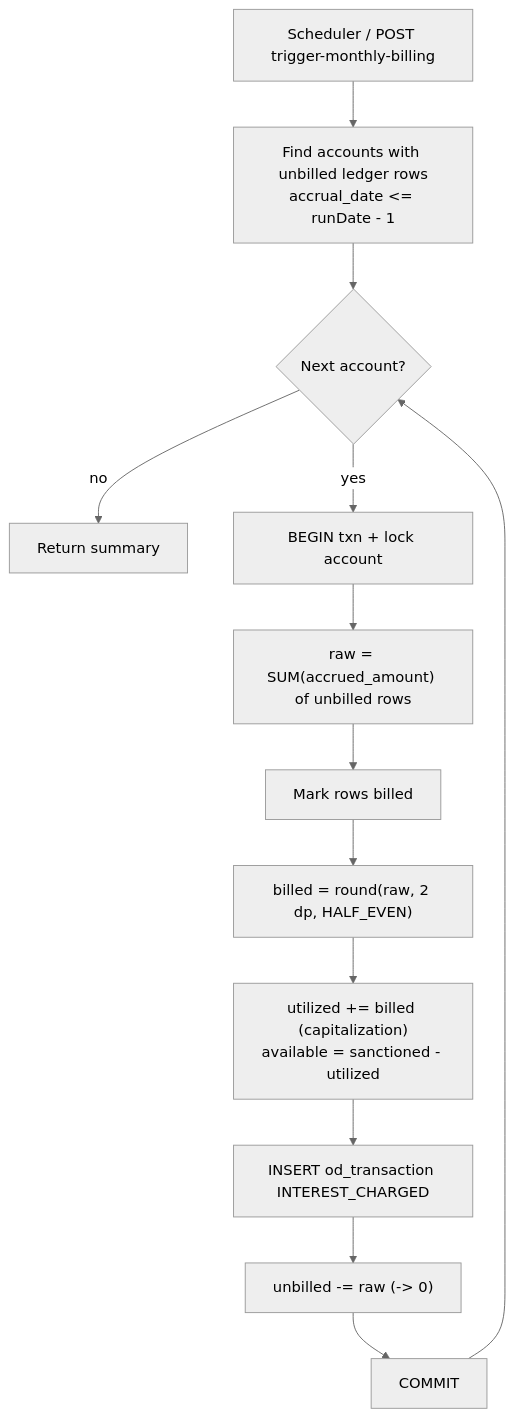
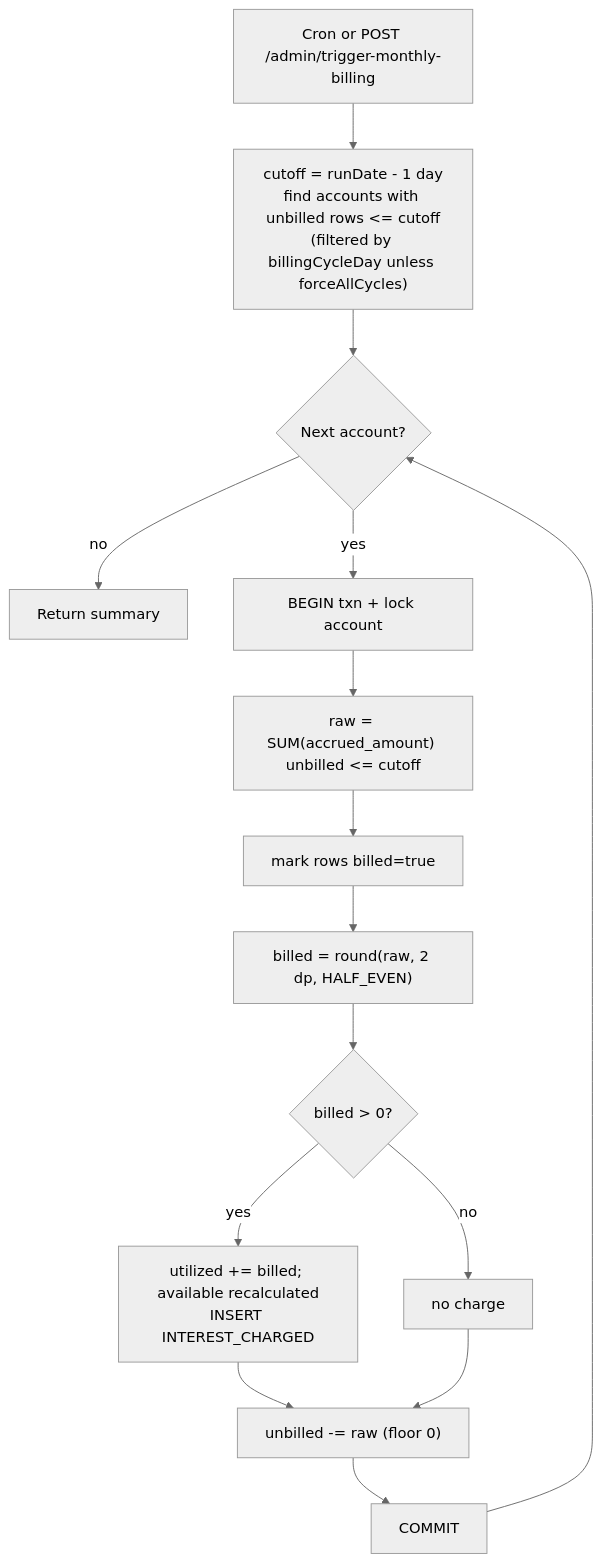
One commit to coder-stat920715/overdraft-facility-system changed the ninth of 10 diagrams in README.md. Above: the diagram before and after it, drawn with Mermaid (neutral theme). The commit also changed other lines of this file, not shown here.

````diff
--- a/README.md
+++ b/README.md
@@ -104,15 +374,17 @@
 ```mermaid
 flowchart TD
-    S[Scheduler / POST trigger-monthly-billing] --> Q["Find accounts with unbilled ledger rows<br/>accrual_date <= runDate - 1"]
-    Q --> N{Next account?}
-    N -- no --> R[Return summary]
-    N -- yes --> T[BEGIN txn + lock account]
-    T --> U["raw = SUM(accrued_amount) of unbilled rows"]
-    U --> V[Mark rows billed]
+    S["Cron or POST /admin/trigger-monthly-billing"] --> Q["cutoff = runDate - 1 day<br/>find accounts with unbilled rows <= cutoff<br/>(filtered by billingCycleDay unless forceAllCycles)"]
+    Q --> N{"Next account?"}
+    N -- no --> R["Return summary"]
+    N -- yes --> T["BEGIN txn + lock account"]
+    T --> U["raw = SUM(accrued_amount) unbilled <= cutoff"]
+    U --> V["mark rows billed=true"]
     V --> W["billed = round(raw, 2 dp, HALF_EVEN)"]
-    W --> X["utilized += billed (capitalization)<br/>available = sanctioned - utilized"]
-    X --> Y[INSERT od_transaction INTEREST_CHARGED]
-    Y --> Z["unbilled -= raw (-> 0)"]
-    Z --> C[COMMIT]
+    W --> X{"billed > 0?"}
+    X -- yes --> Y["utilized += billed; available recalculated<br/>INSERT INTEREST_CHARGED"]
+    X -- no --> Z0["no charge"]
+    Y --> Z["unbilled -= raw (floor 0)"]
+    Z0 --> Z
+    Z --> C["COMMIT"]
     C --> N
 ```
````
